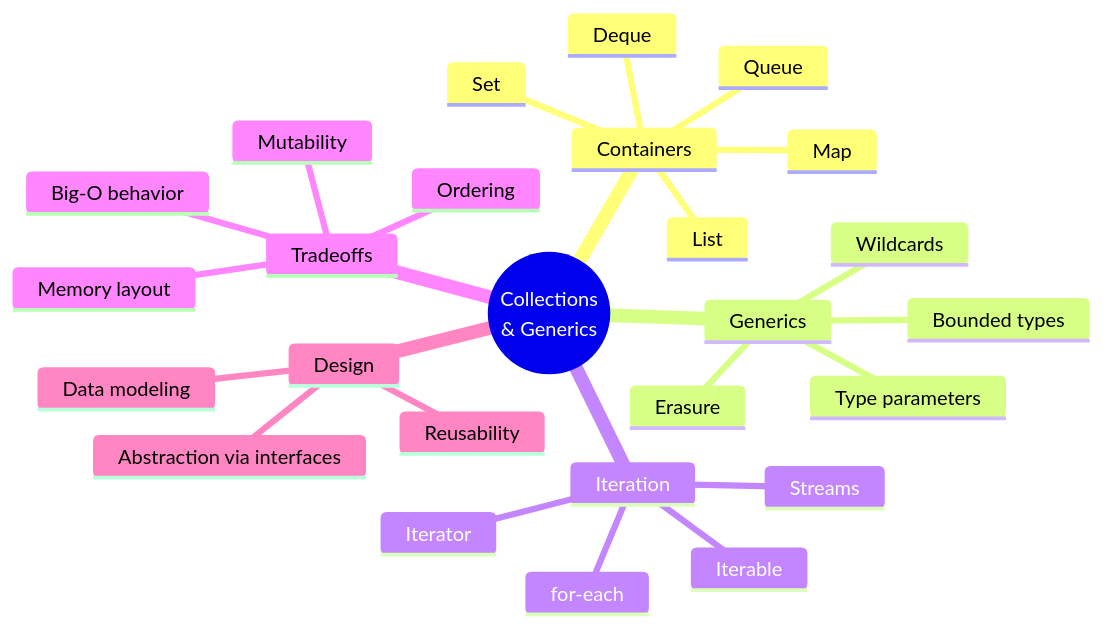
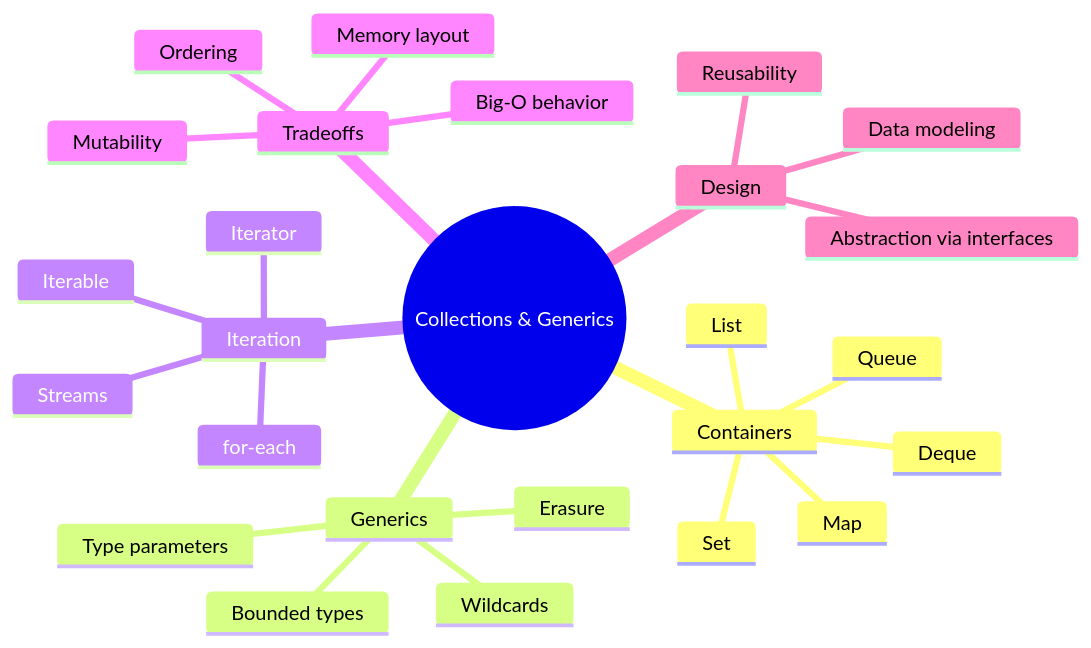
The first of 2 diagrams in content/learn/java-collections-and-generics-deep-dive/index.mdx (dataslope/dataslope), drawn with Mermaid before and after one commit. The commit also changed other lines of this file and 17 other files, not shown here.

First line of the commit message:
Fix mermaid syntax error on java-collections-and-generics-deep-dive route (#386)

````diff
--- a/content/learn/java-collections-and-generics-deep-dive/index.mdx
+++ b/content/learn/java-collections-and-generics-deep-dive/index.mdx
@@ -24,29 +24,29 @@
 ```mermaid
 mindmap
-  root((Collections<br/>& Generics))
+  root((Collections & Generics))
     Containers
       List
       Set
       Map
       Queue
       Deque
     Generics
       Type parameters
       Bounded types
       Wildcards
       Erasure
     Iteration
       Iterable
       Iterator
       for-each
       Streams
     Tradeoffs
       Big-O behavior
       Memory layout
       Ordering
       Mutability
     Design
       Data modeling
       Abstraction via interfaces
       Reusability
 ```
````
